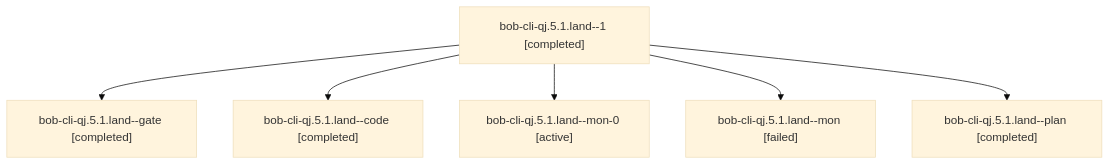
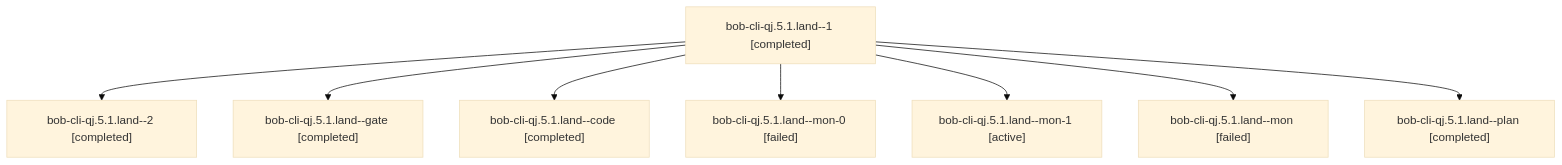
One commit to bobs-org/bob-cli--agents changed the diagram in sessions/bbugyi200.apollo.bob-cli-qj.5.1.land.md. Above: the diagram before and after it, drawn with Mermaid (base theme). The commit also changed other lines of this file and 57 other files, not shown here.

````diff
--- a/sessions/bbugyi200.apollo.bob-cli-qj.5.1.land.md
+++ b/sessions/bbugyi200.apollo.bob-cli-qj.5.1.land.md
@@ -9,14 +9,18 @@
 ```mermaid
 flowchart TD
   n0["bob-cli-qj.5.1.land--1 [completed]"]
-  n1["bob-cli-qj.5.1.land--gate [completed]"]
+  n1["bob-cli-qj.5.1.land--2 [completed]"]
   n0 --> n1
-  n2["bob-cli-qj.5.1.land--code [completed]"]
+  n2["bob-cli-qj.5.1.land--gate [completed]"]
   n0 --> n2
-  n3["bob-cli-qj.5.1.land--mon-0 [active]"]
+  n3["bob-cli-qj.5.1.land--code [completed]"]
   n0 --> n3
-  n4["bob-cli-qj.5.1.land--mon [failed]"]
+  n4["bob-cli-qj.5.1.land--mon-0 [failed]"]
   n0 --> n4
-  n5["bob-cli-qj.5.1.land--plan [completed]"]
+  n5["bob-cli-qj.5.1.land--mon-1 [active]"]
   n0 --> n5
+  n6["bob-cli-qj.5.1.land--mon [failed]"]
+  n0 --> n6
+  n7["bob-cli-qj.5.1.land--plan [completed]"]
+  n0 --> n7
 ```
````
